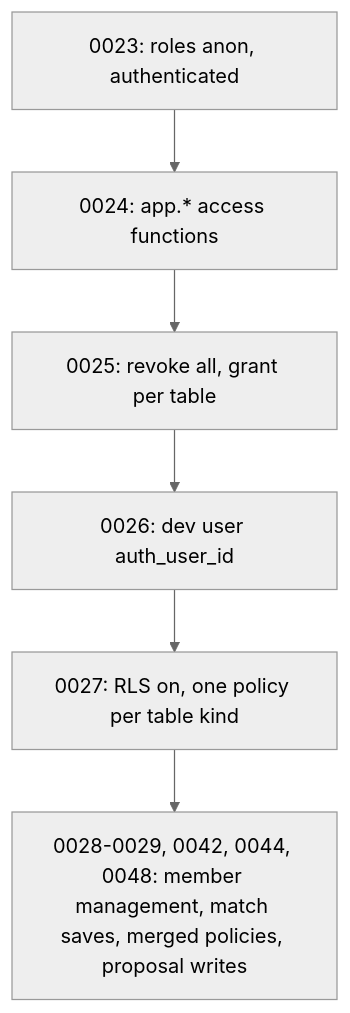
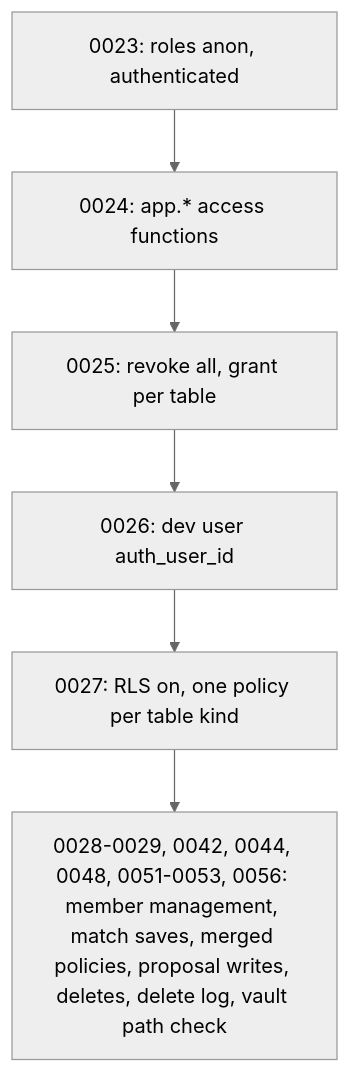
One commit to project-tech4dev/sangam changed the second of 2 diagrams in openwiki/architecture/auth-roles-rls.md. Above: the diagram before and after it, drawn with Mermaid (neutral theme). The commit also changed other lines of this file and 107 other files, not shown here.

````diff
--- a/openwiki/architecture/auth-roles-rls.md
+++ b/openwiki/architecture/auth-roles-rls.md
@@ -251,8 +277,8 @@
 ```mermaid
 flowchart TD
     A["0023: roles anon, authenticated"] --> B["0024: app.* access functions"]
     B --> C["0025: revoke all, grant per table"]
     C --> D["0026: dev user auth_user_id"]
     D --> E["0027: RLS on, one policy per table kind"]
-    E --> F["0028-0029, 0042, 0044, 0048: member management, match saves, merged policies, proposal writes"]
+    E --> F["0028-0029, 0042, 0044, 0048, 0051-0053, 0056: member management, match saves, merged policies, proposal writes, deletes, delete log, vault path check"]
 ```
````
